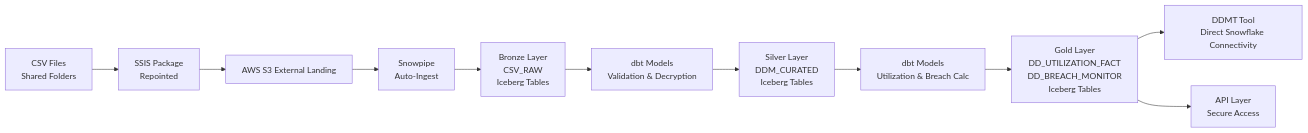
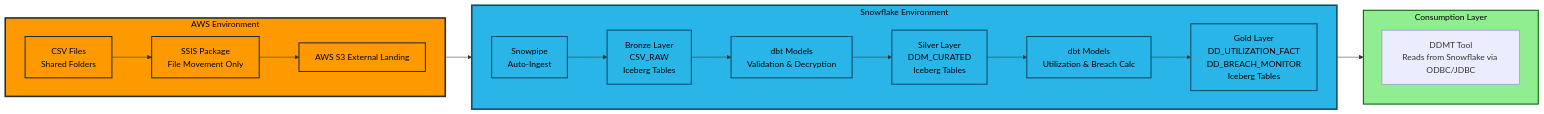
Before and after one commit to sfc-gh-mhindi/REPO_CBA: diagram 17 of 23 in 15-BB-QPD Future State/QPD - Future State.md, drawn with Mermaid. The commit also changed other lines of this file, not shown here.

````diff
--- a/15-BB-QPD Future State/QPD - Future State.md
+++ b/15-BB-QPD Future State/QPD - Future State.md
@@ -1420,13 +1604,49 @@
 ```mermaid
 graph LR
-    Source[CSV Files<br/>Shared Folders] --> SSIS[SSIS Package<br/>Repointed]
-    SSIS --> S3[AWS S3 External Landing]
-    S3 --> Snowpipe[Snowpipe<br/>Auto-Ingest]
-    Snowpipe --> Bronze[Bronze Layer<br/>CSV_RAW<br/>Iceberg Tables]
-    Bronze --> dbt_silver[dbt Models<br/>Validation & Decryption]
-    dbt_silver --> Silver[Silver Layer<br/>DDM_CURATED<br/>Iceberg Tables]
-    Silver --> dbt_gold[dbt Models<br/>Utilization & Breach Calc]
-    dbt_gold --> Gold[Gold Layer<br/>DD_UTILIZATION_FACT<br/>DD_BREACH_MONITOR<br/>Iceberg Tables]
-    Gold --> DDMT[DDMT Tool<br/>Direct Snowflake Connectivity]
-    Gold --> API[API Layer<br/>Secure Access]
+    subgraph AWS["AWS Environment"]
+        direction LR
+        Source2[CSV Files<br/>Shared Folders]
+        SSIS2[SSIS Package<br/>File Movement Only]
+        S3_2[AWS S3 External Landing]
+        
+        Source2 --> SSIS2
+        SSIS2 --> S3_2
+    end
+    
+    subgraph Snowflake["Snowflake Environment"]
+        direction LR
+        Snowpipe2[Snowpipe<br/>Auto-Ingest]
+        Bronze2[Bronze Layer<br/>CSV_RAW<br/>Iceberg Tables]
+        dbt_silver[dbt Models<br/>Validation & Decryption]
+        Silver[Silver Layer<br/>DDM_CURATED<br/>Iceberg Tables]
+        dbt_gold[dbt Models<br/>Utilization & Breach Calc]
+        Gold[Gold Layer<br/>DD_UTILIZATION_FACT<br/>DD_BREACH_MONITOR<br/>Iceberg Tables]
+        
+        Snowpipe2 --> Bronze2
+        Bronze2 --> dbt_silver
+        dbt_silver --> Silver
+        Silver --> dbt_gold
+        dbt_gold --> Gold
+    end
+    
+    subgraph Consumption2["Consumption Layer"]
+        direction TB
+        DDMT2[DDMT Tool<br/>Reads from Snowflake via ODBC/JDBC]
+    end
+    
+    S3_2 --> Snowpipe2
+    Gold --> DDMT2
+    
+    style AWS fill:#ff9900,stroke:#232f3e,stroke-width:3px,color:#000
+    style Snowflake fill:#29b5e8,stroke:#0c4d6b,stroke-width:3px,color:#000
+    style Consumption2 fill:#90ee90,stroke:#006400,stroke-width:2px,color:#000
+    style Source2 fill:#ff9900,stroke:#232f3e,stroke-width:2px,color:#000
+    style SSIS2 fill:#ff9900,stroke:#232f3e,stroke-width:2px,color:#000
+    style S3_2 fill:#ff9900,stroke:#232f3e,stroke-width:2px,color:#000
+    style Snowpipe2 fill:#29b5e8,stroke:#0c4d6b,stroke-width:2px,color:#000
+    style Bronze2 fill:#29b5e8,stroke:#0c4d6b,stroke-width:2px,color:#000
+    style dbt_silver fill:#29b5e8,stroke:#0c4d6b,stroke-width:2px,color:#000
+    style Silver fill:#29b5e8,stroke:#0c4d6b,stroke-width:2px,color:#000
+    style dbt_gold fill:#29b5e8,stroke:#0c4d6b,stroke-width:2px,color:#000
+    style Gold fill:#29b5e8,stroke:#0c4d6b,stroke-width:2px,color:#000
 ```
````
